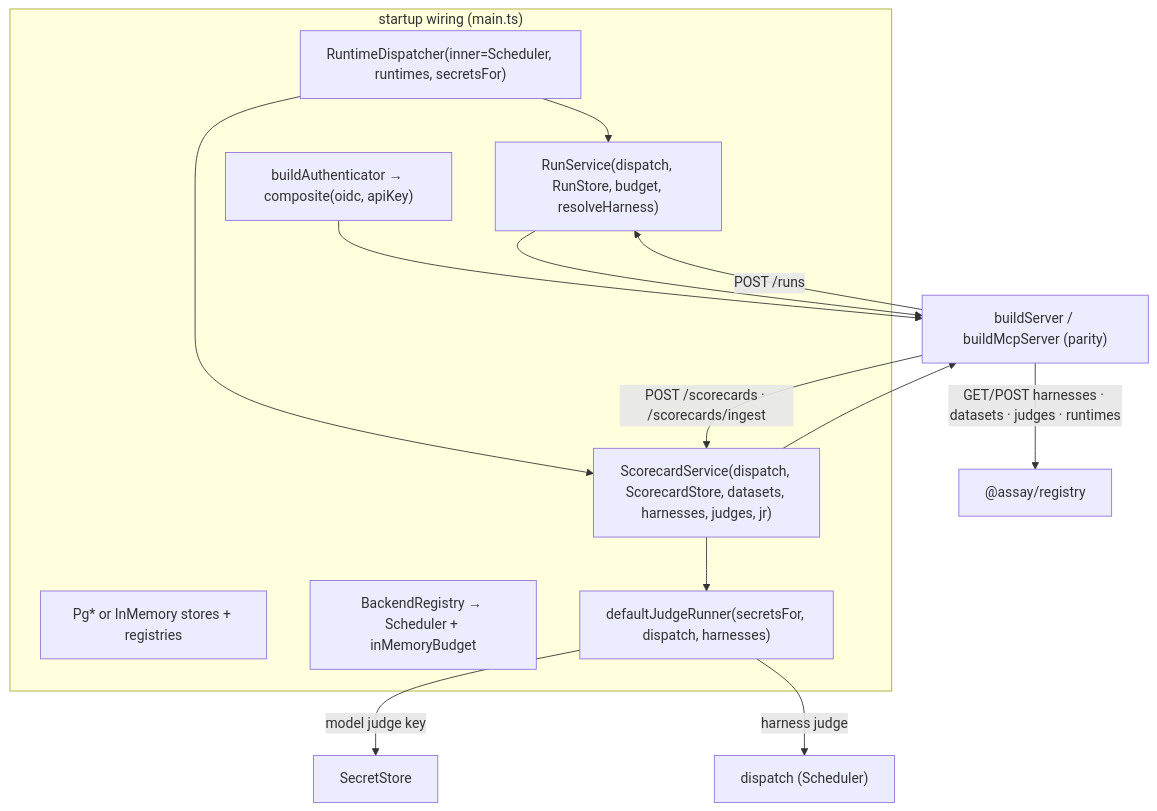
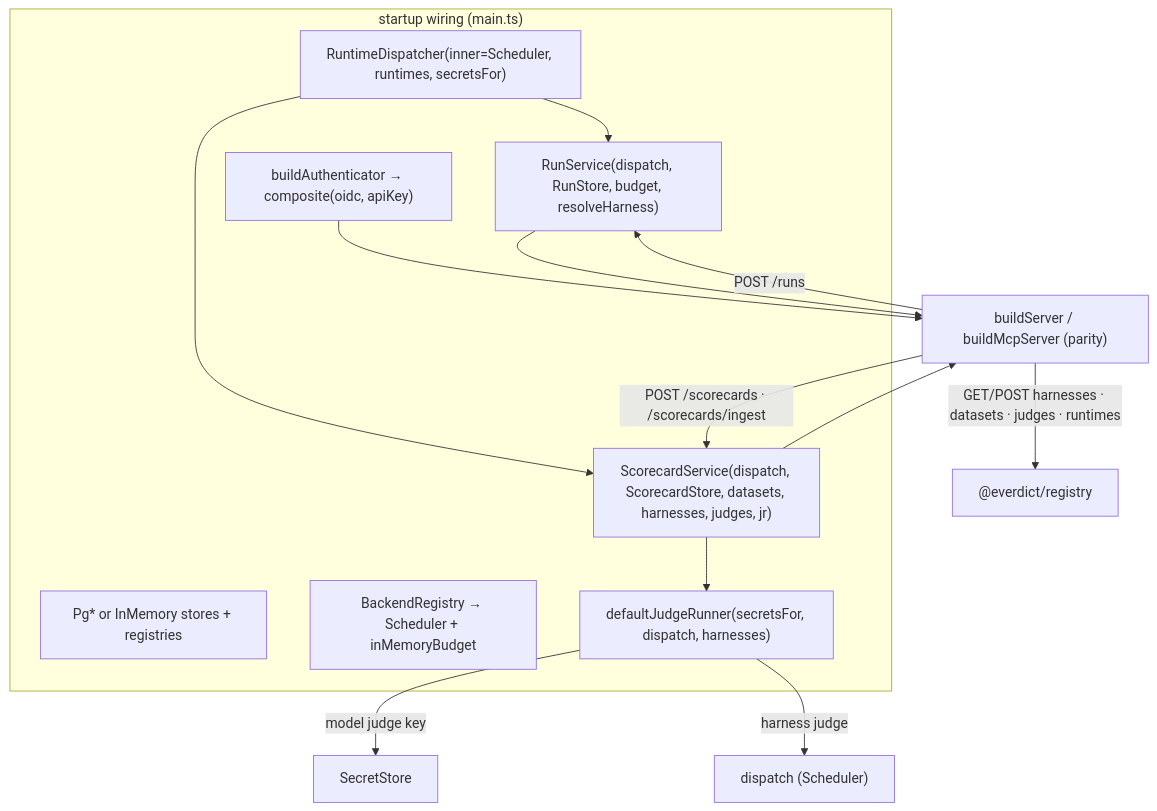
Diagram 22 of 24 in docs/architecture/collaboration.md (everdict/everdict), drawn with Mermaid before and after one commit. The commit also changed other lines of this file and 627 other files, not shown here.

````diff
--- a/docs/architecture/collaboration.md
+++ b/docs/architecture/collaboration.md
@@ -910,25 +910,25 @@
 ```mermaid
 flowchart TD
   subgraph wiring["startup wiring (main.ts)"]
     persistence["Pg* or InMemory stores + registries"]
     sched["BackendRegistry → Scheduler + inMemoryBudget"]
     rtd["RuntimeDispatcher(inner=Scheduler, runtimes, secretsFor)"]
     jr["defaultJudgeRunner(secretsFor, dispatch, harnesses)"]
     runsvc["RunService(dispatch, RunStore, budget, resolveHarness)"]
     scoresvc["ScorecardService(dispatch, ScorecardStore, datasets, harnesses, judges, jr)"]
     authn["buildAuthenticator → composite(oidc, apiKey)"]
   end
 
   authn --> server["buildServer / buildMcpServer (parity)"]
   runsvc --> server
   scoresvc --> server
   rtd --> runsvc
   rtd --> scoresvc
   scoresvc --> jr
 
   server -->|"POST /runs"| runsvc
   server -->|"POST /scorecards · /scorecards/ingest"| scoresvc
-  server -->|"GET/POST harnesses · datasets · judges · runtimes"| registry["@assay/registry"]
+  server -->|"GET/POST harnesses · datasets · judges · runtimes"| registry["@everdict/registry"]
   jr -->|"model judge key"| secrets["SecretStore"]
   jr -->|"harness judge"| dispatch2["dispatch (Scheduler)"]
 ```
````
